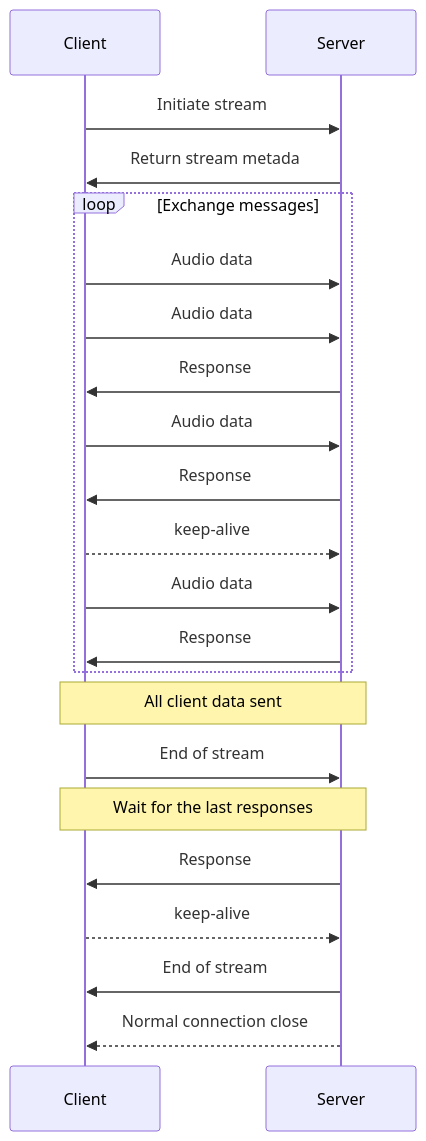
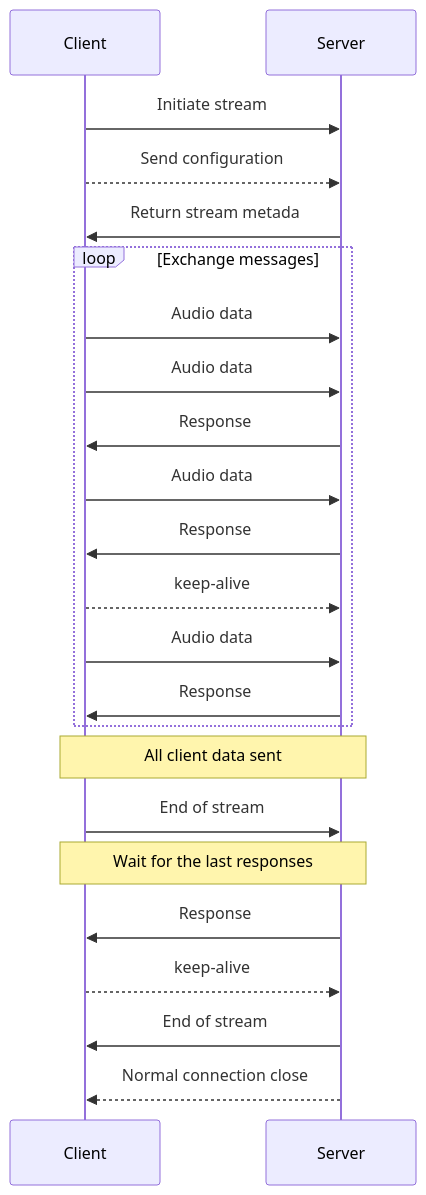
Before and after one commit to Vatis-Tech/docs: the first of 7 diagrams in integration/websocket.mdx, drawn with Mermaid. The commit also changed other lines of this file, not shown here.

Commit message:
VAT-2579: documented websocket configuration message

````diff
--- a/integration/websocket.mdx
+++ b/integration/websocket.mdx
@@ -14,27 +14,28 @@
   ```mermaid
     sequenceDiagram
         participant C as Client
         participant S as Server
 
         C->>S: Initiate stream
+        C-->>S: Send configuration
         S->>C: Return stream metada
 
         loop Exchange messages
             C->>S: Audio data
             C->>S: Audio data
             S->>C: Response
             C->>S: Audio data
             S->>C: Response
             C-->>S: keep-alive
             C->>S: Audio data
             S->>C: Response
         end
 
         note over S,C: All client data sent
         C->>S: End of stream
         note over S,C: Wait for the last responses
         S->>C: Response
         C-->>S: keep-alive
         S->>C: End of stream
         S-->>C: Normal connection close
     ```
````
